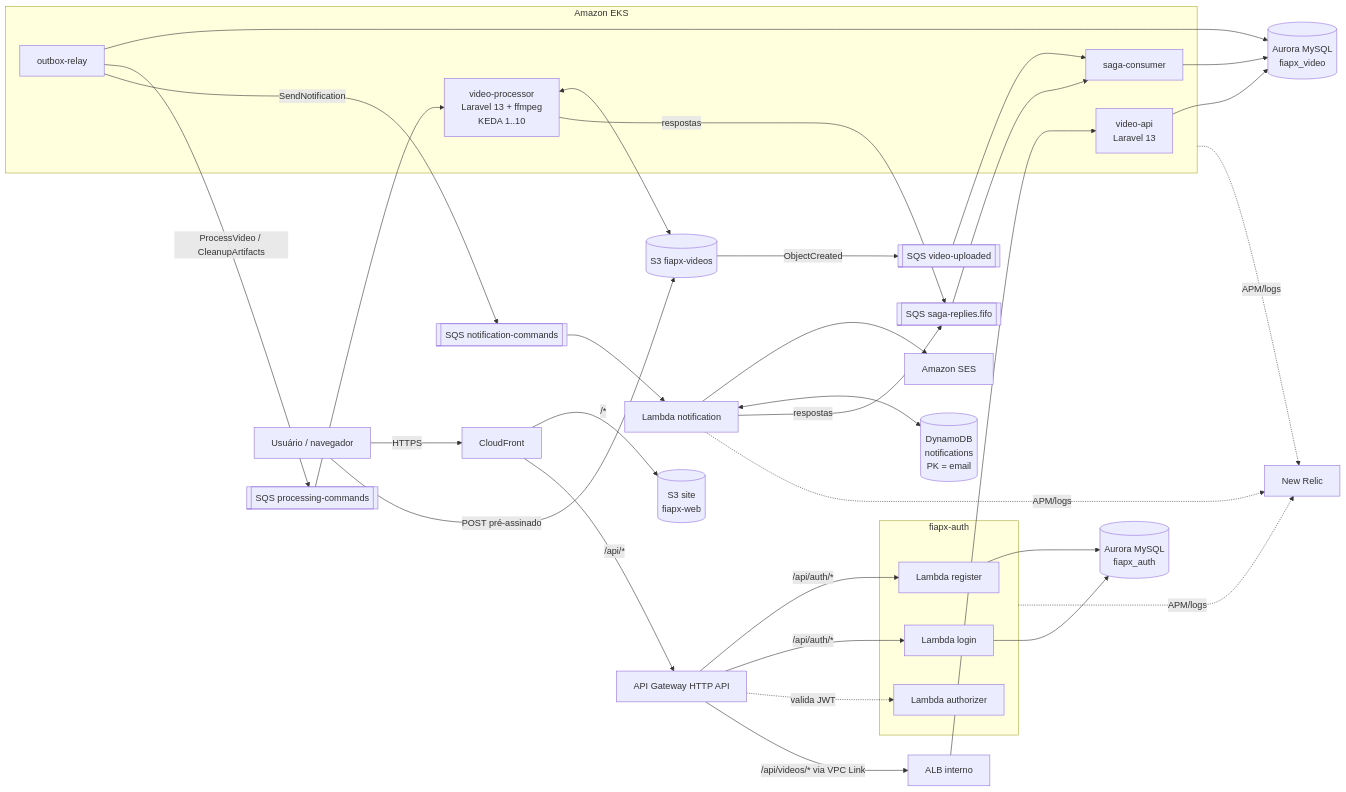
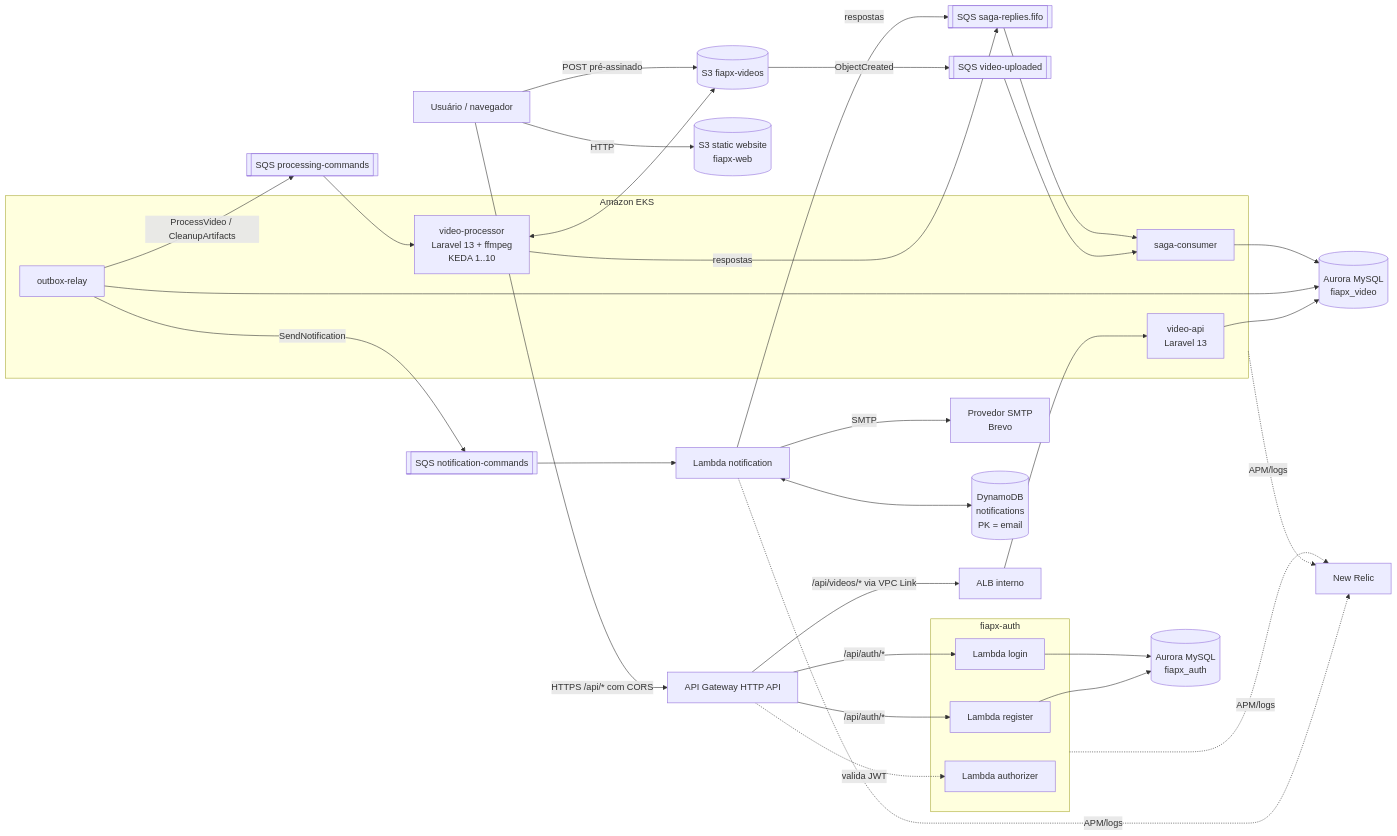
Before and after one commit to hackathon-fiap-soat/fiapx-docs: the first of 5 diagrams in 00-especificacao/Projeto-hackton.md, drawn with Mermaid. The commit also changed other lines of this file and 59 other files, not shown here.

````diff
--- a/00-especificacao/Projeto-hackton.md
+++ b/00-especificacao/Projeto-hackton.md
@@ -158,43 +164,42 @@
 ```mermaid
 flowchart LR
-  U[Usuário / navegador] -->|HTTPS| CF[CloudFront]
-  CF -->|/*| WEB[(S3 site<br/>fiapx-web)]
-  CF -->|/api/*| APIGW[API Gateway HTTP API]
+  U[Usuário / navegador] -->|HTTP| WEB[(S3 static website<br/>fiapx-web)]
+  U -->|HTTPS /api/* com CORS| APIGW[API Gateway HTTP API]
   U -->|POST pré-assinado| S3[(S3 fiapx-videos)]
 
   subgraph Auth[fiapx-auth]
     LREG[Lambda register]
     LLOGIN[Lambda login]
     LAUTHZ[Lambda authorizer]
   end
 
   APIGW -->|/api/auth/*| LREG & LLOGIN
   APIGW -. valida JWT .-> LAUTHZ
   APIGW -->|/api/videos/* via VPC Link| ALB[ALB interno]
 
   subgraph EKS[Amazon EKS]
     API[video-api<br/>Laravel 13]
     RELAY[outbox-relay]
     CONS[saga-consumer]
     WRK[video-processor<br/>Laravel 13 + ffmpeg<br/>KEDA 1..10]
   end
 
   ALB --> API
   LREG & LLOGIN --> AURORA_AUTH[(Aurora MySQL<br/>fiapx_auth)]
   API & RELAY & CONS --> AURORA_VIDEO[(Aurora MySQL<br/>fiapx_video)]
 
   S3 -->|ObjectCreated| Q_UP[[SQS video-uploaded]]
   Q_UP --> CONS
   RELAY -->|ProcessVideo / CleanupArtifacts| Q_PROC[[SQS processing-commands]]
   RELAY -->|SendNotification| Q_NOTIF[[SQS notification-commands]]
   Q_PROC --> WRK
   WRK <--> S3
   WRK -->|respostas| Q_REPLY[[SQS saga-replies.fifo]]
   Q_NOTIF --> LNOTIF[Lambda notification]
-  LNOTIF --> SES[Amazon SES]
+  LNOTIF -->|SMTP| SMTP[Provedor SMTP<br/>Brevo]
   LNOTIF <--> DDB[(DynamoDB<br/>notifications<br/>PK = email)]
   LNOTIF -->|respostas| Q_REPLY
   Q_REPLY --> CONS
 
   EKS & Auth & LNOTIF -. APM/logs .-> NR[New Relic]
 ```
````
